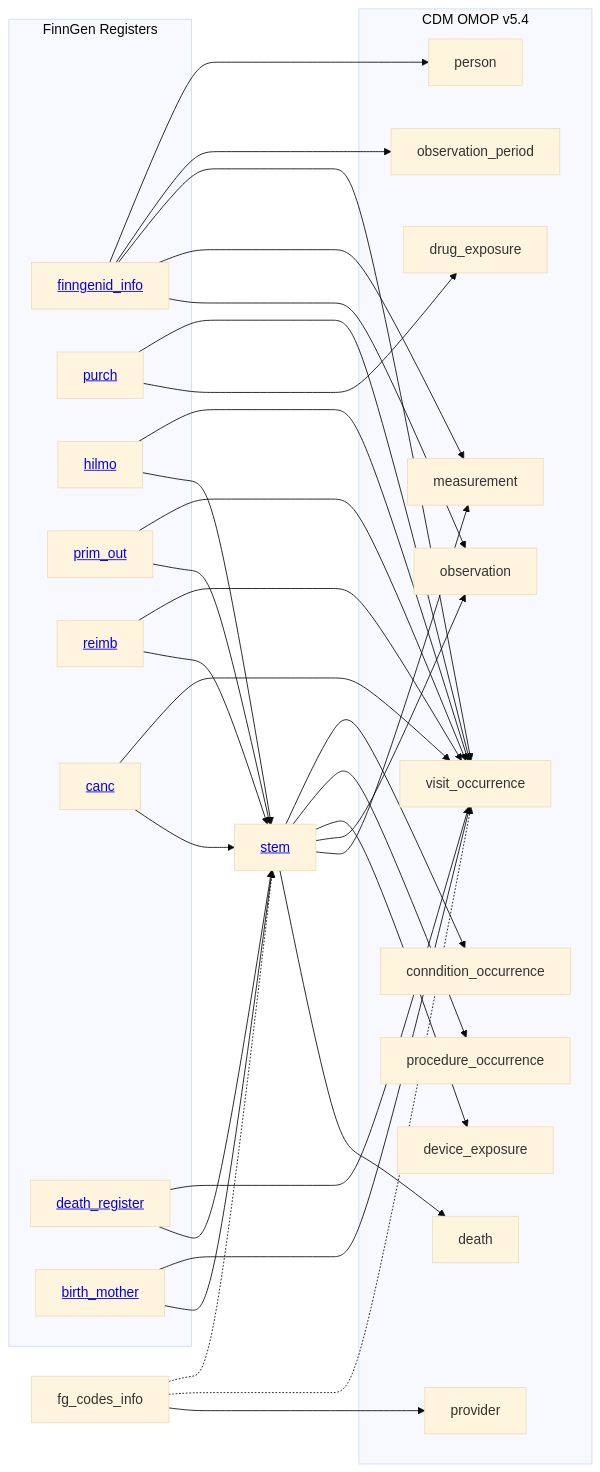
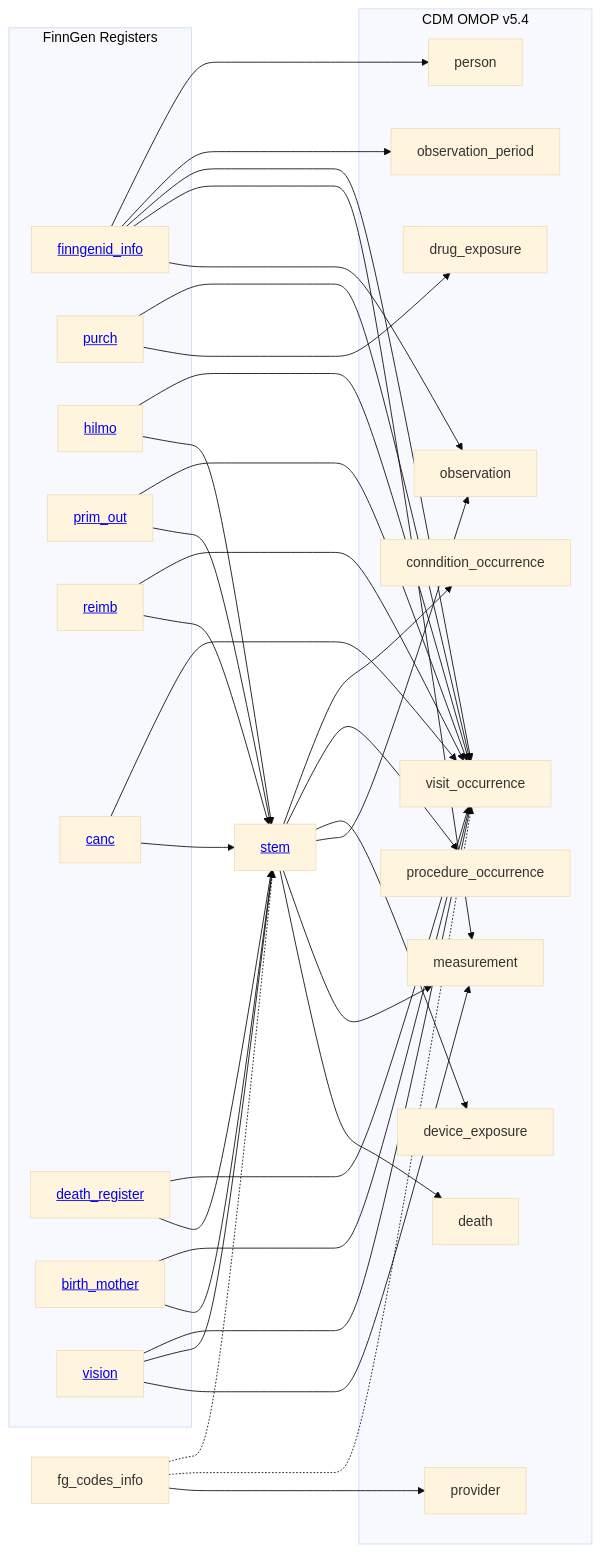
The diagram in 2_etl_specifications/documentation/home.md (FINNGEN/ETL), drawn with Mermaid before and after one commit. The commit also changed other lines of this file, not shown here.

Commit message:
Updated home page with vision registry information

````diff
--- a/2_etl_specifications/documentation/home.md
+++ b/2_etl_specifications/documentation/home.md
@@ -20,70 +20,75 @@
 ```mermaid
 %%{init: {'theme': 'base' } }%%
 flowchart LR
     subgraph FinnGen Registers
         finngenid_info[<a href='finngenid_info.html'>finngenid_info</a>]
         purch[<a href='purch.html'>purch</a>]
         hilmo[<a href='hilmo.html'>hilmo</a>]
         prim_out[<a href='prim_out.html'>prim_out</a>]
         reimb[<a href='reimb.html'>reimb</a>]
         canc[<a href='canc.html'>canc</a>]
         death_register[<a href='death_register.html'>death_register</a>]
         birth_mother[<a href='birth_mother.html'>birth_mother</a>]
+        vision[<a href='vision.html'>vision</a>]
     end
 
     stem[<a href='stem.html'>stem</a>]
 
     subgraph CDM OMOP v5.4
         person
         observation_period
         visit_occurrence
         drug_exposure
         measurement
         observation
         conndition_occurrence
         procedure_occurrence
         device_exposure
         death
         provider
     end
 
 
     finngenid_info-->person
     finngenid_info-->observation_period
     finngenid_info-->visit_occurrence
     finngenid_info-->measurement
     finngenid_info-->observation
 
     hilmo --> visit_occurrence
     hilmo --> stem
 
     prim_out --> visit_occurrence
     prim_out --> stem
 
     reimb --> visit_occurrence
     reimb --> stem
 
     canc --> visit_occurrence
     canc --> stem
 
     death_register --> visit_occurrence
     death_register --> stem
 
     birth_mother --> visit_occurrence
     birth_mother --> stem
 
+    vision --> visit_occurrence
+    vision --> stem
+    vision --> measurement
+
     purch --> visit_occurrence
     purch --> drug_exposure
     
     stem --> conndition_occurrence 
     stem --> procedure_occurrence
     stem --> device_exposure
     stem --> observation
     stem --> measurement
     stem --> death
 
     fg_codes_info -.-> stem 
     fg_codes_info -.-> visit_occurrence 
     fg_codes_info -->provider
     
 ```
````
